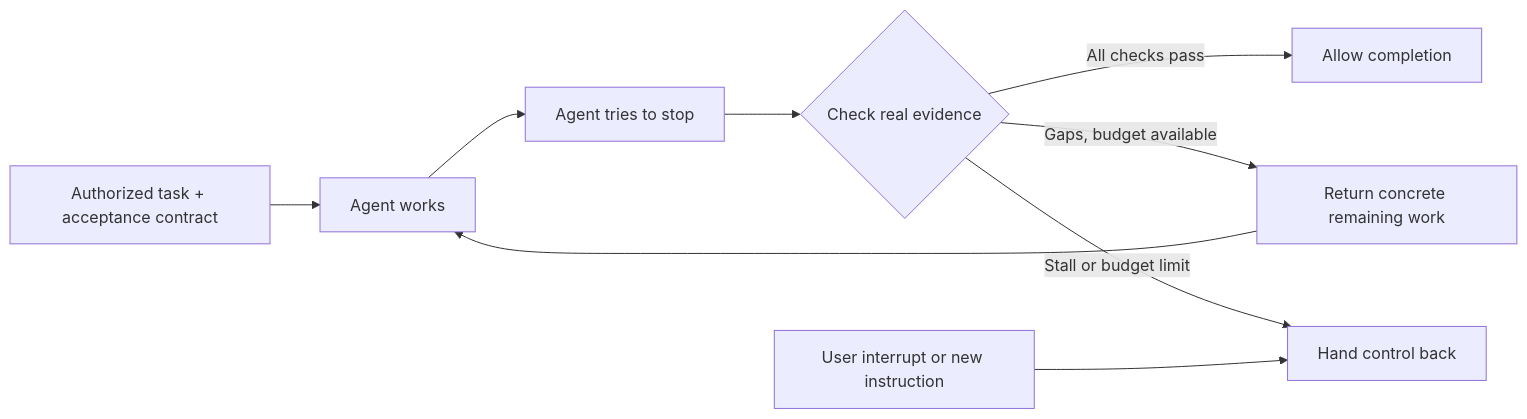
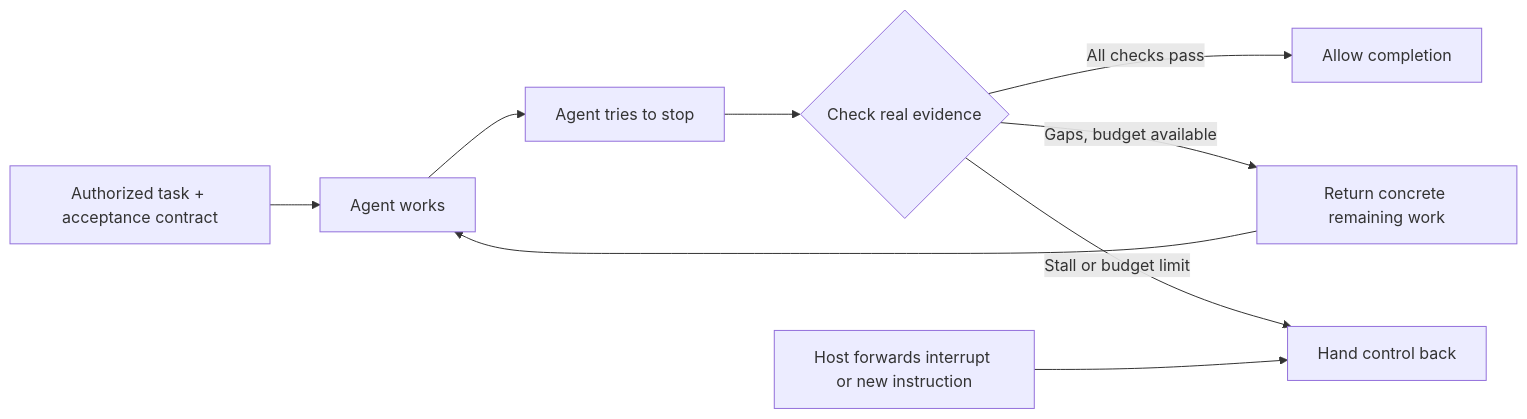
Before and after one commit to youngiry/go-work: the diagram in README.md, drawn with Mermaid. The commit also changed other lines of this file and 3 other files, not shown here.

````diff
--- a/README.md
+++ b/README.md
@@ -30,11 +30,11 @@
 ```mermaid
 flowchart LR
     A[Authorized task + acceptance contract] --> B[Agent works]
     B --> C[Agent tries to stop]
     C --> D{Check real evidence}
     D -->|All checks pass| E[Allow completion]
     D -->|Gaps, budget available| F[Return concrete remaining work]
     F --> B
     D -->|Stall or budget limit| G[Hand control back]
-    U[User interrupt or new instruction] --> G
+    U[Host forwards interrupt or new instruction] --> G
 ```
````
